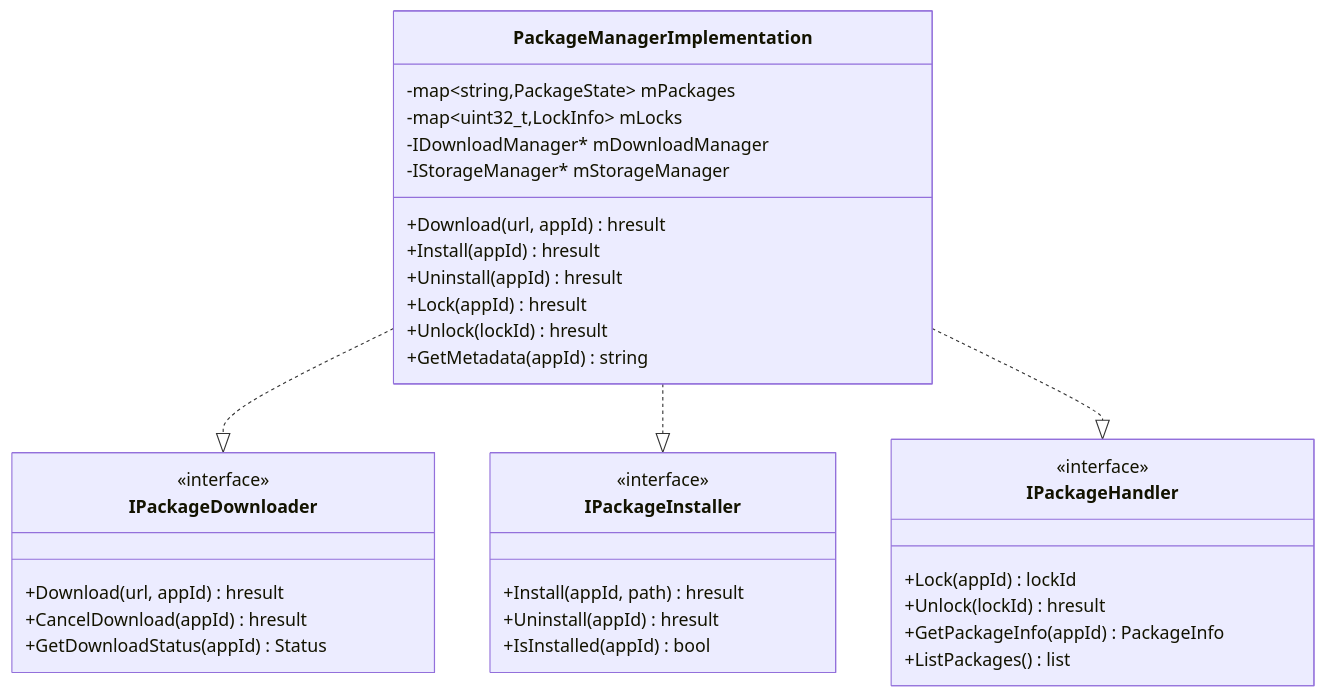
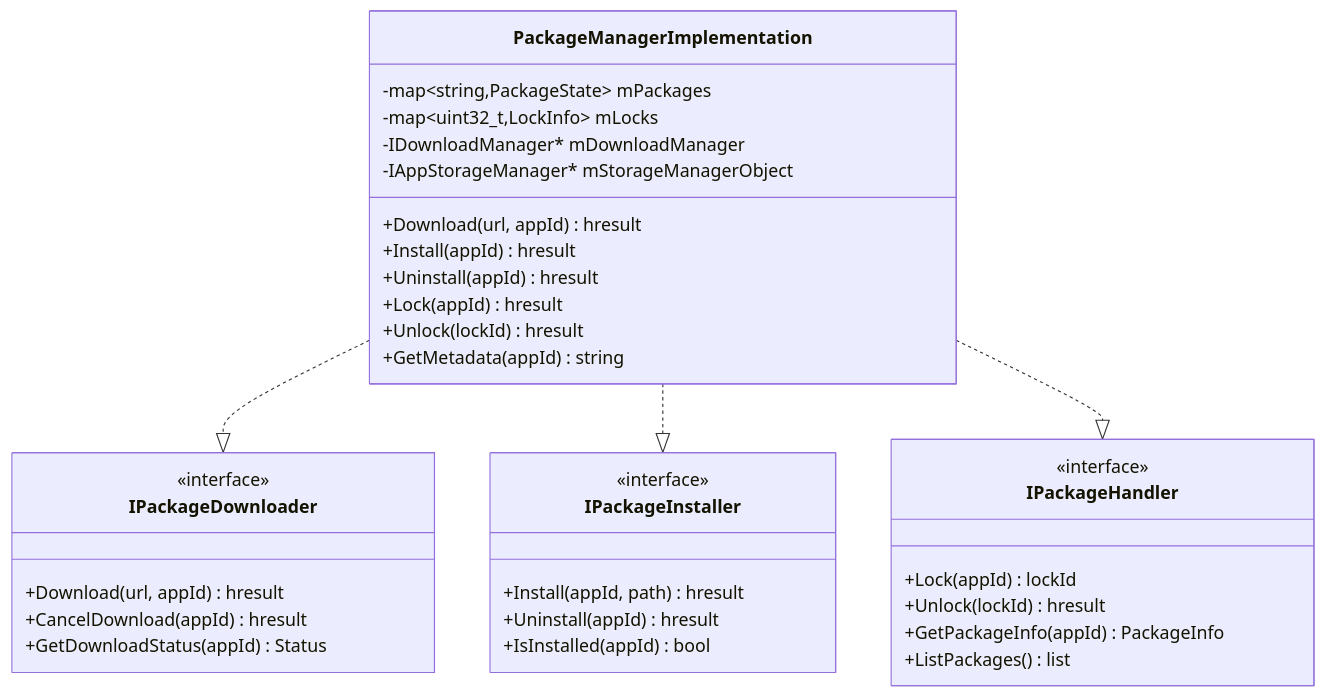
One commit to rdkcentral/entservices-appmanagers changed the second of 5 diagrams in PackageManager/PackageManager.md. Above: the diagram before and after it, drawn with Mermaid.

Commit message:
fix: update class diagram to use correct interface name IAppStorageManager

````diff
--- a/PackageManager/PackageManager.md
+++ b/PackageManager/PackageManager.md
@@ -62,41 +62,41 @@
 ```mermaid
 classDiagram
     class PackageManagerImplementation {
         -map~string,PackageState~ mPackages
         -map~uint32_t,LockInfo~ mLocks
         -IDownloadManager* mDownloadManager
-        -IStorageManager* mStorageManager
+        -IAppStorageManager* mStorageManagerObject
         +Download(url, appId) hresult
         +Install(appId) hresult
         +Uninstall(appId) hresult
         +Lock(appId) hresult
         +Unlock(lockId) hresult
         +GetMetadata(appId) string
     }
 
     class IPackageDownloader {
         <<interface>>
         +Download(url, appId) hresult
         +CancelDownload(appId) hresult
         +GetDownloadStatus(appId) Status
     }
 
     class IPackageInstaller {
         <<interface>>
         +Install(appId, path) hresult
         +Uninstall(appId) hresult
         +IsInstalled(appId) bool
     }
 
     class IPackageHandler {
         <<interface>>
         +Lock(appId) lockId
         +Unlock(lockId) hresult
         +GetPackageInfo(appId) PackageInfo
         +ListPackages() list
     }
 
     PackageManagerImplementation ..|> IPackageDownloader
     PackageManagerImplementation ..|> IPackageInstaller
     PackageManagerImplementation ..|> IPackageHandler
 ```
````
